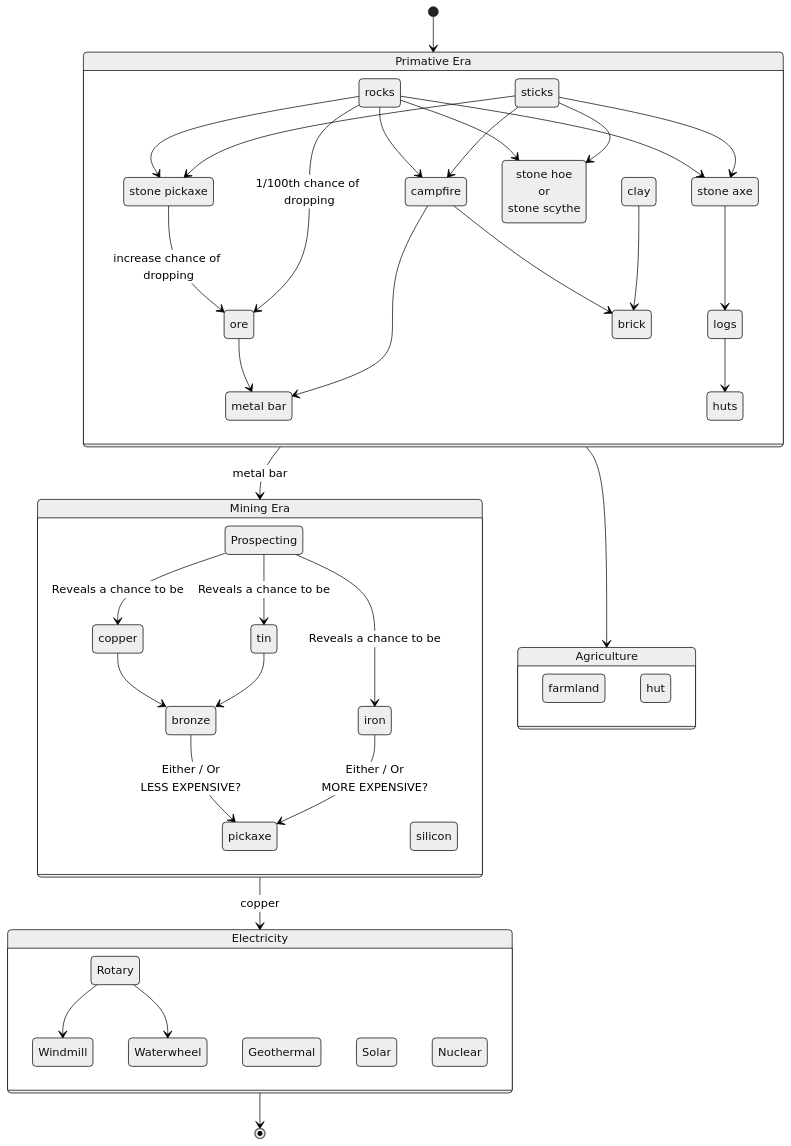
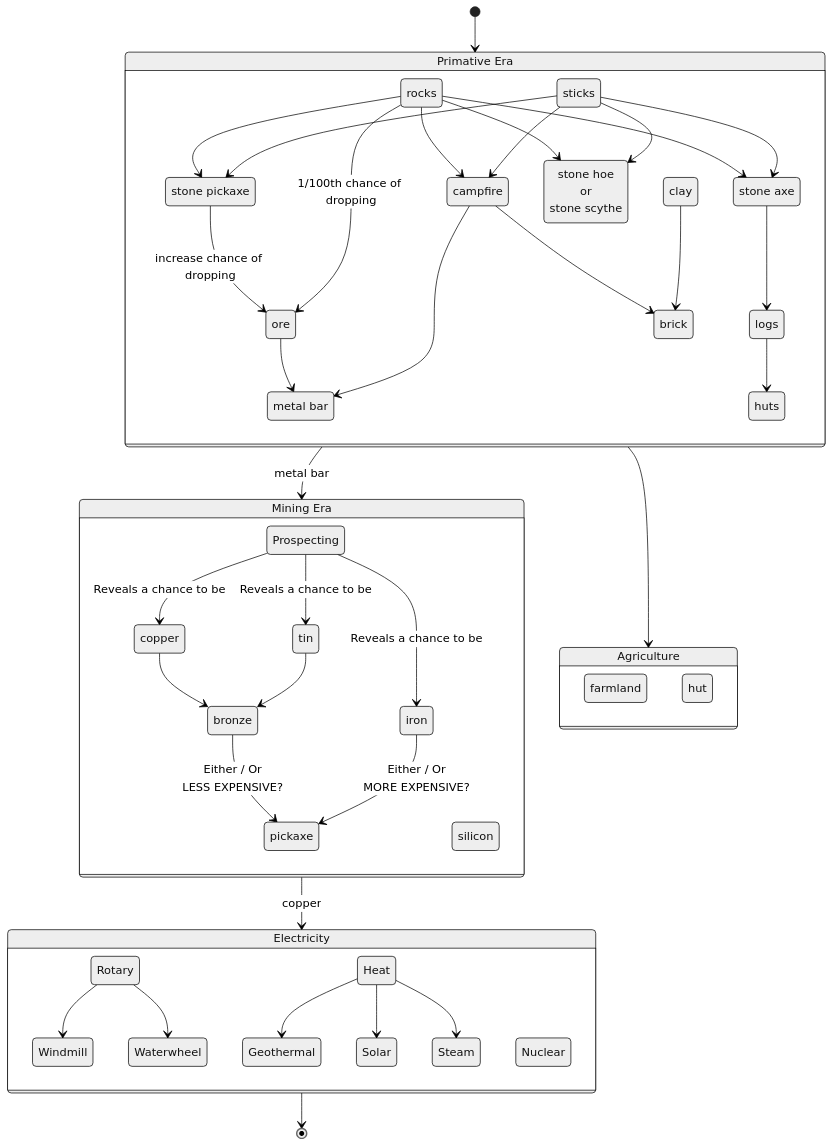
Before and after one commit to ethan-w-foshee/TerraStella: the second of 3 diagrams in plans/FLOWCHART.md, drawn with Mermaid (neutral theme).

Commit message:
More electricity refinement

```diff
--- a/plans/FLOWCHART.md
+++ b/plans/FLOWCHART.md
@@ -141,15 +141,21 @@
  }
 
  state 3 {
-  3.1.0 : Rotary
+  3.1.0a : Rotary
+  3.1.0b : Heat
   3.1a : Windmill
   3.1b : Waterwheel
   3.1c : Geothermal
   3.1d : Solar
   3.1e : Nuclear
+  3.1f : Steam
 
-  3.1.0 --> 3.1a
-  3.1.0 --> 3.1b
+  3.1.0a --> 3.1a
+  3.1.0a --> 3.1b
+
+  3.1.0b --> 3.1c
+  3.1.0b --> 3.1d
+  3.1.0b --> 3.1f
  }
 
  [*] --> 1
```
